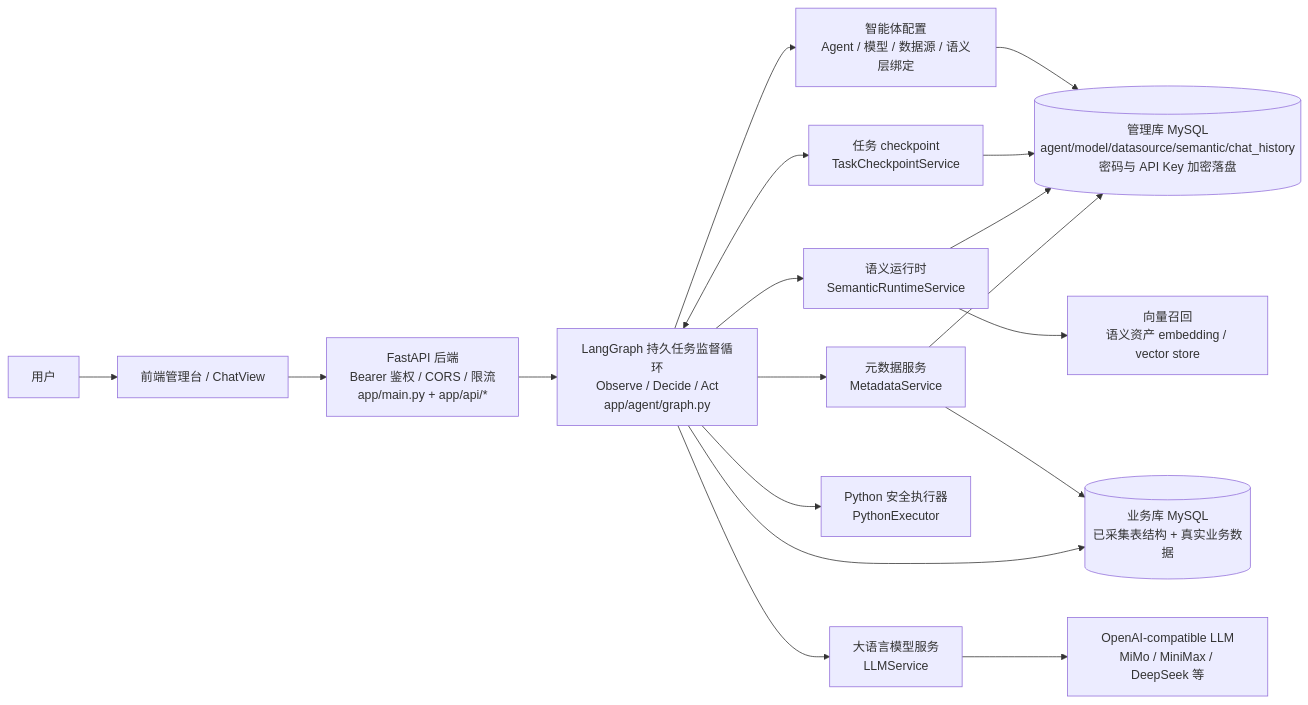
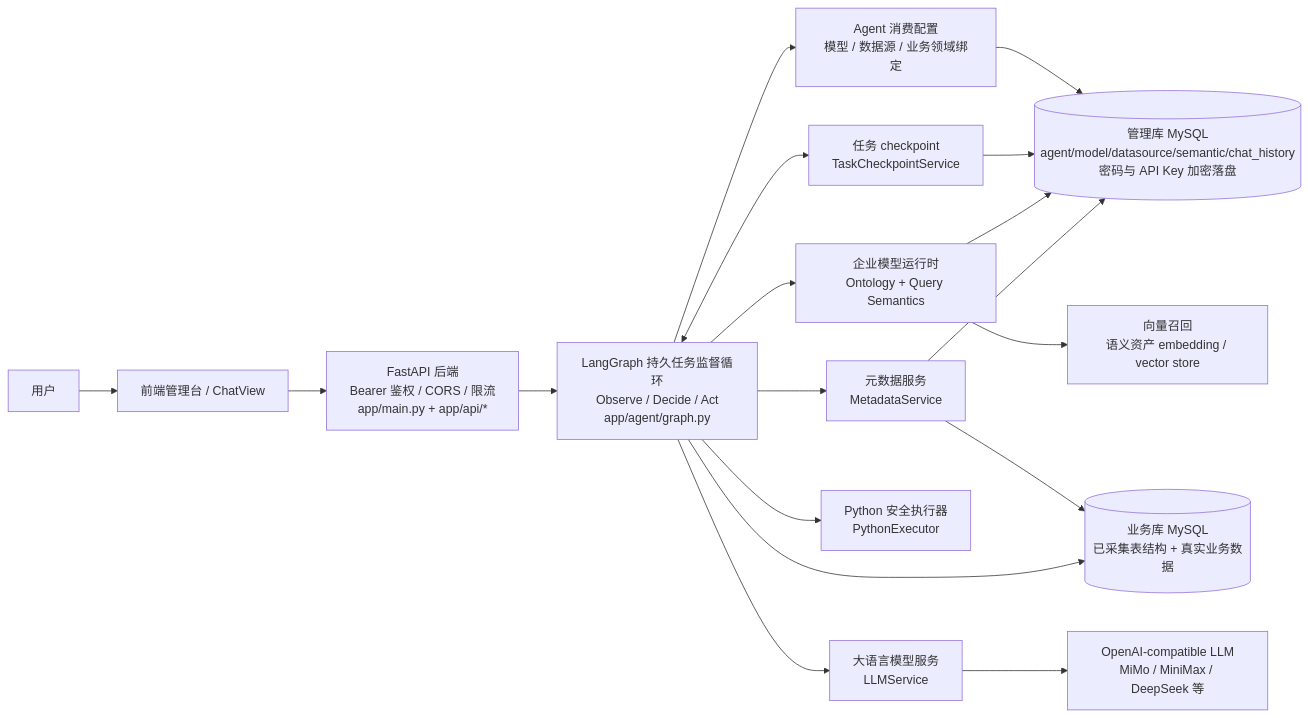
The second of 8 diagrams in docs/project-design.md (TtonyLiang/data-agent), drawn with Mermaid before and after one commit. The commit also changed other lines of this file and 55 other files, not shown here.

````diff
--- a/docs/project-design.md
+++ b/docs/project-design.md
@@ -65,23 +77,23 @@
 ```mermaid
 flowchart LR
   U["用户"] --> FE["前端管理台 / ChatView"]
 
   FE --> API["FastAPI 后端<br/>Bearer 鉴权 / CORS / 限流<br/>app/main.py + app/api/*"]
   API --> GRAPH["LangGraph 持久任务监督循环<br/>Observe / Decide / Act<br/>app/agent/graph.py"]
 
-  GRAPH --> AGENT["智能体配置<br/>Agent / 模型 / 数据源 / 语义层绑定"]
-  GRAPH --> SEM["语义运行时<br/>SemanticRuntimeService"]
+  GRAPH --> AGENT["Agent 消费配置<br/>模型 / 数据源 / 业务领域绑定"]
+  GRAPH --> SEM["企业模型运行时<br/>Ontology + Query Semantics"]
   GRAPH --> META["元数据服务<br/>MetadataService"]
   GRAPH --> LLM["大语言模型服务<br/>LLMService"]
   GRAPH --> EXEC["Python 安全执行器<br/>PythonExecutor"]
   GRAPH <--> CKPT["任务 checkpoint<br/>TaskCheckpointService"]
 
   AGENT --> MGMT[("管理库 MySQL<br/>agent/model/datasource/semantic/chat_history<br/>密码与 API Key 加密落盘")]
   CKPT --> MGMT
   SEM --> MGMT
   META --> MGMT
   META --> BIZ[("业务库 MySQL<br/>已采集表结构 + 真实业务数据")]
   GRAPH --> BIZ
   LLM --> LLMAPI["OpenAI-compatible LLM<br/>MiMo / MiniMax / DeepSeek 等"]
   SEM --> VEC["向量召回<br/>语义资产 embedding / vector store"]
 ```
````
